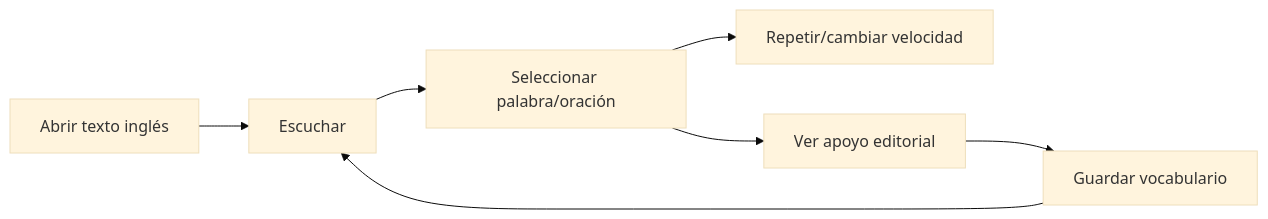
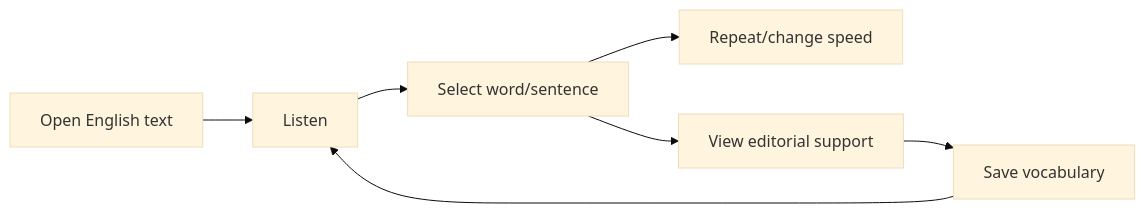
The third of 3 diagrams in docs/ux-ui/USER_FLOWS.md (dafermen/FollowRead), drawn with Mermaid (base theme) before and after one commit. The commit also changed other lines of this file and 136 other files, not shown here.

````diff
--- a/docs/ux-ui/USER_FLOWS.md
+++ b/docs/ux-ui/USER_FLOWS.md
@@ -36,9 +36,9 @@
 ```mermaid
 flowchart LR
-    english["Abrir texto inglés"] --> play["Escuchar"]
-    play --> word["Seleccionar palabra/oración"]
-    word --> repeat["Repetir/cambiar velocidad"]
-    word --> translation["Ver apoyo editorial"]
-    translation --> vocabulary["Guardar vocabulario"]
+    english["Open English text"] --> play["Listen"]
+    play --> word["Select word/sentence"]
+    word --> repeat["Repeat/change speed"]
+    word --> translation["View editorial support"]
+    translation --> vocabulary["Save vocabulary"]
     vocabulary --> play
 ```
````
